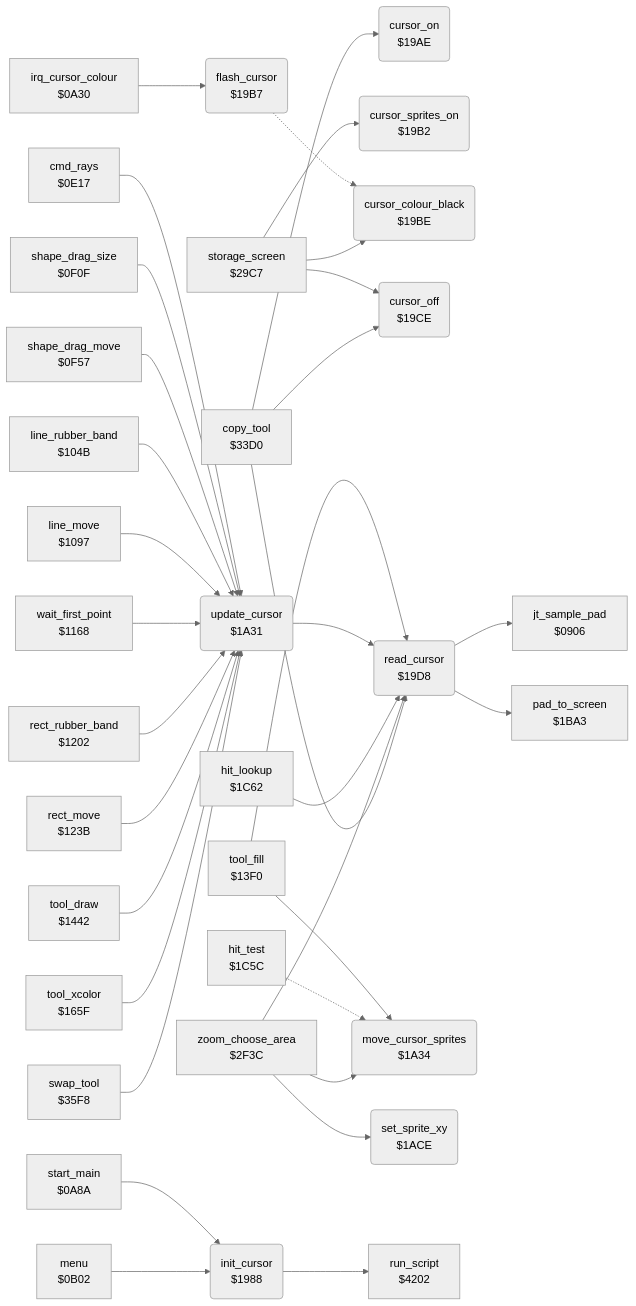
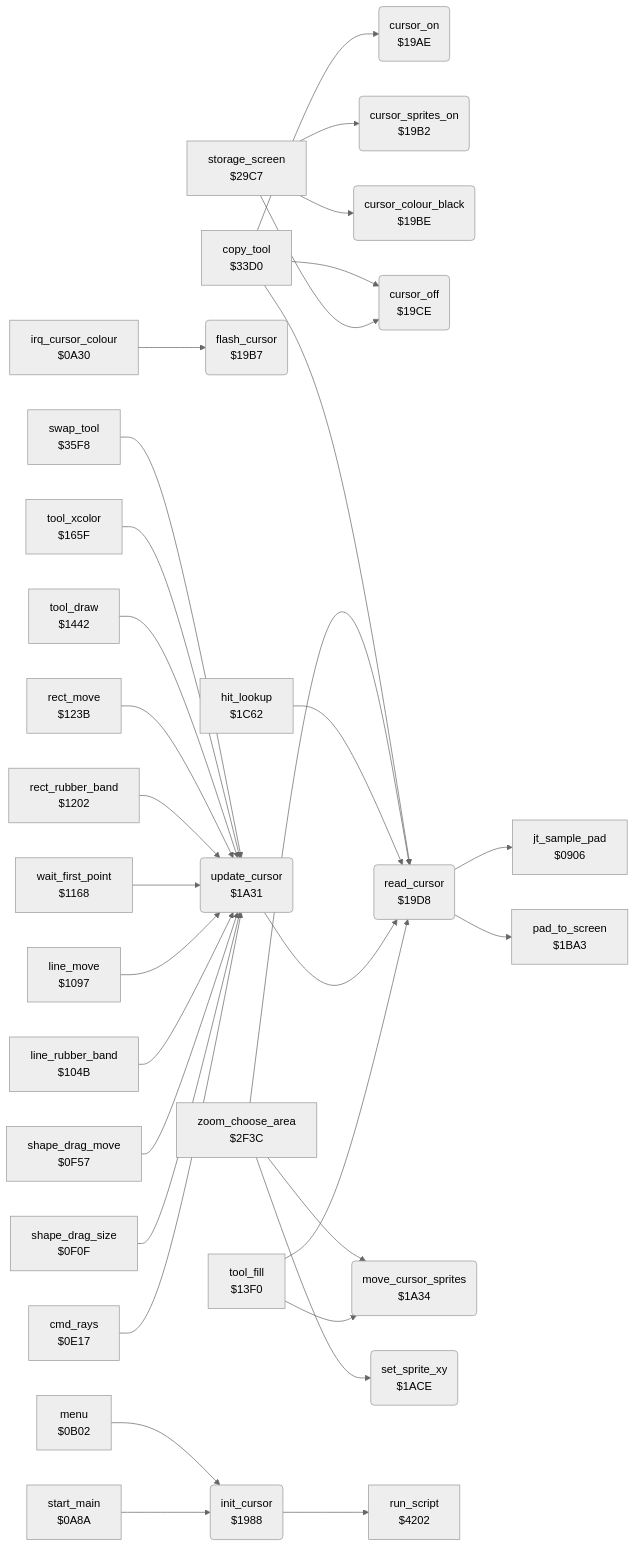
The diagram in koala_painter/v1/docs/reference/modules/input/cursor.md (henols/c64_games), drawn with Mermaid (neutral theme) before and after one commit. The commit also changed other lines of this file and 1100 other files, not shown here.

````diff
--- a/koala_painter/v1/docs/reference/modules/input/cursor.md
+++ b/koala_painter/v1/docs/reference/modules/input/cursor.md
@@ -10,68 +25,65 @@
 ```mermaid
 flowchart LR
   n0906["jt_sample_pad<br/>$0906"]
   n0a30["irq_cursor_colour<br/>$0A30"]
   n0a8a["start_main<br/>$0A8A"]
   n0b02["menu<br/>$0B02"]
   n0e17["cmd_rays<br/>$0E17"]
   n0f0f["shape_drag_size<br/>$0F0F"]
   n0f57["shape_drag_move<br/>$0F57"]
   n104b["line_rubber_band<br/>$104B"]
   n1097["line_move<br/>$1097"]
   n1168["wait_first_point<br/>$1168"]
   n1202["rect_rubber_band<br/>$1202"]
   n123b["rect_move<br/>$123B"]
   n13f0["tool_fill<br/>$13F0"]
   n1442["tool_draw<br/>$1442"]
   n165f["tool_xcolor<br/>$165F"]
   n1988("init_cursor<br/>$1988")
   n19ae("cursor_on<br/>$19AE")
   n19b2("cursor_sprites_on<br/>$19B2")
   n19b7("flash_cursor<br/>$19B7")
   n19be("cursor_colour_black<br/>$19BE")
   n19ce("cursor_off<br/>$19CE")
   n19d8("read_cursor<br/>$19D8")
   n1a31("update_cursor<br/>$1A31")
   n1a34("move_cursor_sprites<br/>$1A34")
   n1ace("set_sprite_xy<br/>$1ACE")
   n1ba3["pad_to_screen<br/>$1BA3"]
-  n1c5c["hit_test<br/>$1C5C"]
   n1c62["hit_lookup<br/>$1C62"]
   n29c7["storage_screen<br/>$29C7"]
   n2f3c["zoom_choose_area<br/>$2F3C"]
   n33d0["copy_tool<br/>$33D0"]
   n35f8["swap_tool<br/>$35F8"]
   n4202["run_script<br/>$4202"]
   n0a30 --> n19b7
   n0a8a --> n1988
   n0b02 --> n1988
   n0e17 --> n1a31
   n0f0f --> n1a31
   n0f57 --> n1a31
   n104b --> n1a31
   n1097 --> n1a31
   n1168 --> n1a31
   n1202 --> n1a31
   n123b --> n1a31
   n13f0 --> n19d8
   n13f0 --> n1a34
   n1442 --> n1a31
   n165f --> n1a31
   n1988 --> n4202
-  n19b7 -.-> n19be
   n19d8 --> n0906
   n19d8 --> n1ba3
   n1a31 --> n19d8
-  n1c5c -.-> n1a34
   n1c62 --> n19d8
   n29c7 --> n19b2
   n29c7 --> n19be
   n29c7 --> n19ce
   n2f3c --> n19d8
   n2f3c --> n1a34
   n2f3c --> n1ace
   n33d0 --> n19ae
   n33d0 --> n19ce
   n33d0 --> n19d8
   n35f8 --> n1a31
 ```
````
